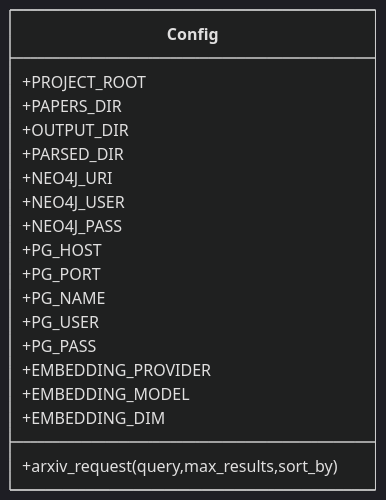
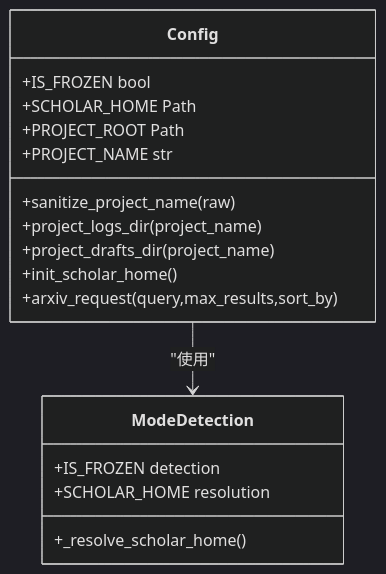
Before and after one commit to 1173591564/academic-based-qoder: the fourth of 11 diagrams in .qoder/repowiki/zh/content/Python后端系统/Python后端系统.md, drawn with Mermaid (dark theme). The commit also changed other lines of this file and 68 other files, not shown here.

````diff
--- a/.qoder/repowiki/zh/content/Python后端系统/Python后端系统.md
+++ b/.qoder/repowiki/zh/content/Python后端系统/Python后端系统.md
@@ -203,21 +289,20 @@
 ```mermaid
 classDiagram
 class Config {
-+PROJECT_ROOT
-+PAPERS_DIR
-+OUTPUT_DIR
-+PARSED_DIR
-+NEO4J_URI
-+NEO4J_USER
-+NEO4J_PASS
-+PG_HOST
-+PG_PORT
-+PG_NAME
-+PG_USER
-+PG_PASS
-+EMBEDDING_PROVIDER
-+EMBEDDING_MODEL
-+EMBEDDING_DIM
++IS_FROZEN bool
++SCHOLAR_HOME Path
++PROJECT_ROOT Path
++PROJECT_NAME str
++sanitize_project_name(raw)
++project_logs_dir(project_name)
++project_drafts_dir(project_name)
++init_scholar_home()
 +arxiv_request(query,max_results,sort_by)
 }
+class ModeDetection {
++_resolve_scholar_home()
++IS_FROZEN detection
++SCHOLAR_HOME resolution
+}
+Config --> ModeDetection : "使用"
 ```
````
